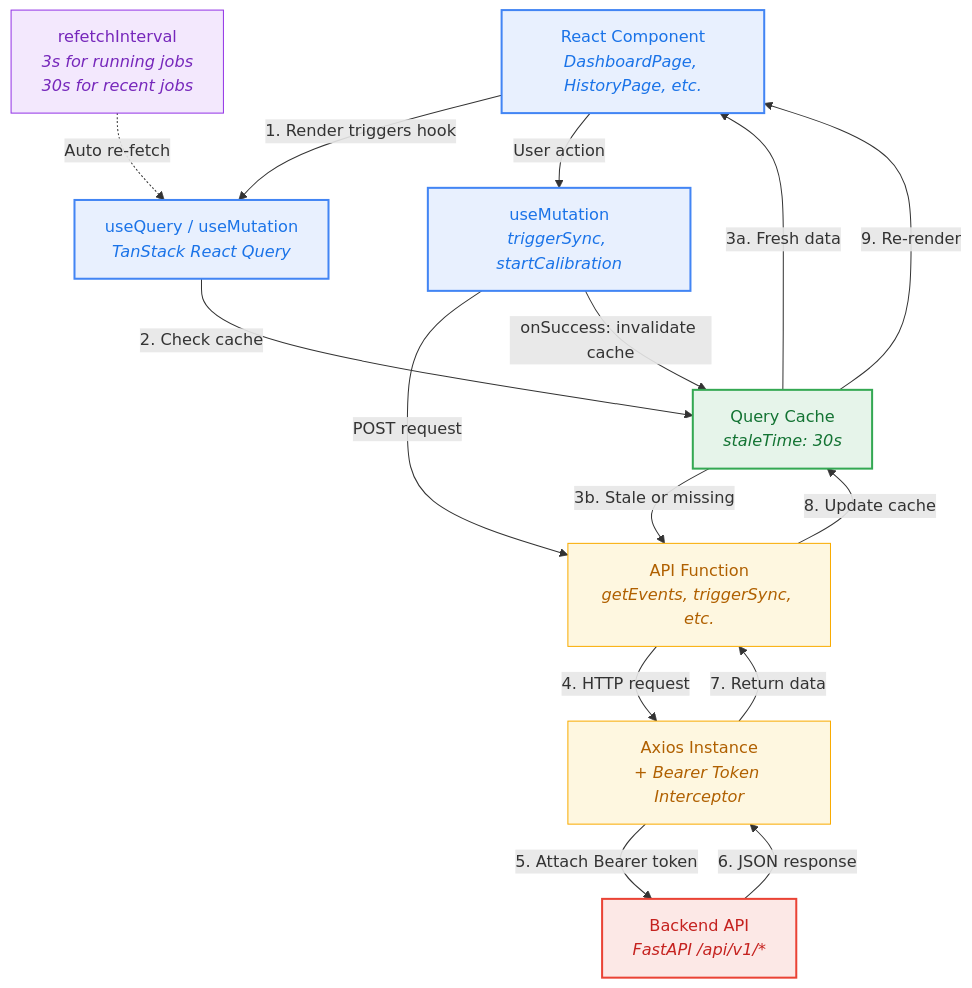
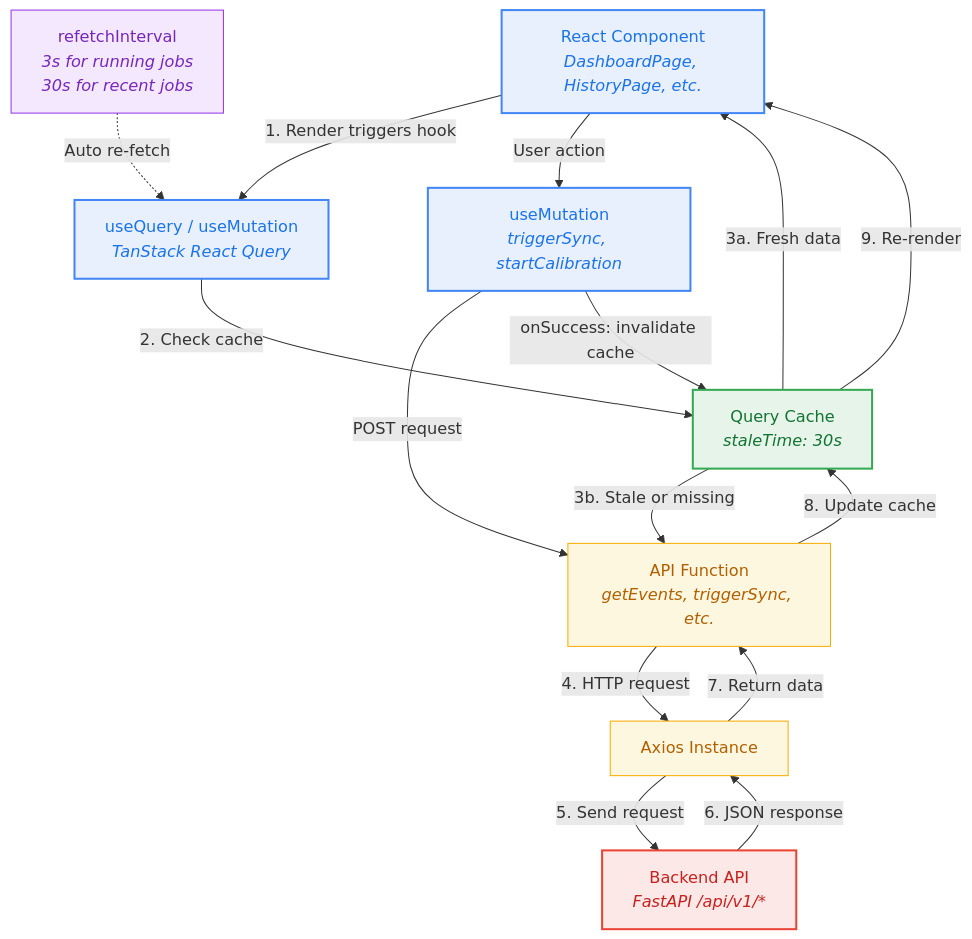
One commit to jaalduna/sql-databricks-bridge changed the third of 5 diagrams in docs/frontend-documentation.md. Above: the diagram before and after it, drawn with Mermaid. The commit also changed other lines of this file and 10 other files, not shown here.

First line of the commit message:
docs: update backend and frontend documentation, remove obsolete diagrams

````diff
--- a/docs/frontend-documentation.md
+++ b/docs/frontend-documentation.md
@@ -445,42 +346,42 @@
 ```mermaid
 flowchart TD
     Comp["React Component<br/><i>DashboardPage, HistoryPage, etc.</i>"]
     Hook["useQuery / useMutation<br/><i>TanStack React Query</i>"]
     Cache["Query Cache<br/><i>staleTime: 30s</i>"]
     ApiFn["API Function<br/><i>getEvents, triggerSync, etc.</i>"]
-    Axios["Axios Instance<br/><i>+ Bearer Token Interceptor</i>"]
+    Axios["Axios Instance"]
     Backend["Backend API<br/><i>FastAPI /api/v1/*</i>"]
 
     Comp -->|"1. Render triggers hook"| Hook
     Hook -->|"2. Check cache"| Cache
 
     Cache -->|"3a. Fresh data"| Comp
     Cache -->|"3b. Stale or missing"| ApiFn
 
     ApiFn -->|"4. HTTP request"| Axios
-    Axios -->|"5. Attach Bearer token"| Backend
+    Axios -->|"5. Send request"| Backend
     Backend -->|"6. JSON response"| Axios
     Axios -->|"7. Return data"| ApiFn
     ApiFn -->|"8. Update cache"| Cache
     Cache -->|"9. Re-render"| Comp
 
     Poll["refetchInterval<br/><i>3s for running jobs</i><br/><i>30s for recent jobs</i>"]
     Poll -.->|"Auto re-fetch"| Hook
 
     Mut["useMutation<br/><i>triggerSync, startCalibration</i>"]
     Comp -->|"User action"| Mut
     Mut -->|"POST request"| ApiFn
     Mut -->|"onSuccess: invalidate cache"| Cache
 
     classDef react fill:#e8f0fe,stroke:#4285f4,stroke-width:2px,color:#1a73e8
     classDef cache fill:#e6f4ea,stroke:#34a853,stroke-width:2px,color:#137333
     classDef network fill:#fef7e0,stroke:#f9ab00,stroke-width:1px,color:#b06000
     classDef backend fill:#fce8e6,stroke:#ea4335,stroke-width:2px,color:#c5221f
     classDef auto fill:#f3e8fd,stroke:#9334e6,stroke-width:1px,color:#7627bb
 
     class Comp,Hook,Mut react
     class Cache cache
     class ApiFn,Axios network
     class Backend backend
     class Poll auto
 ```
````
